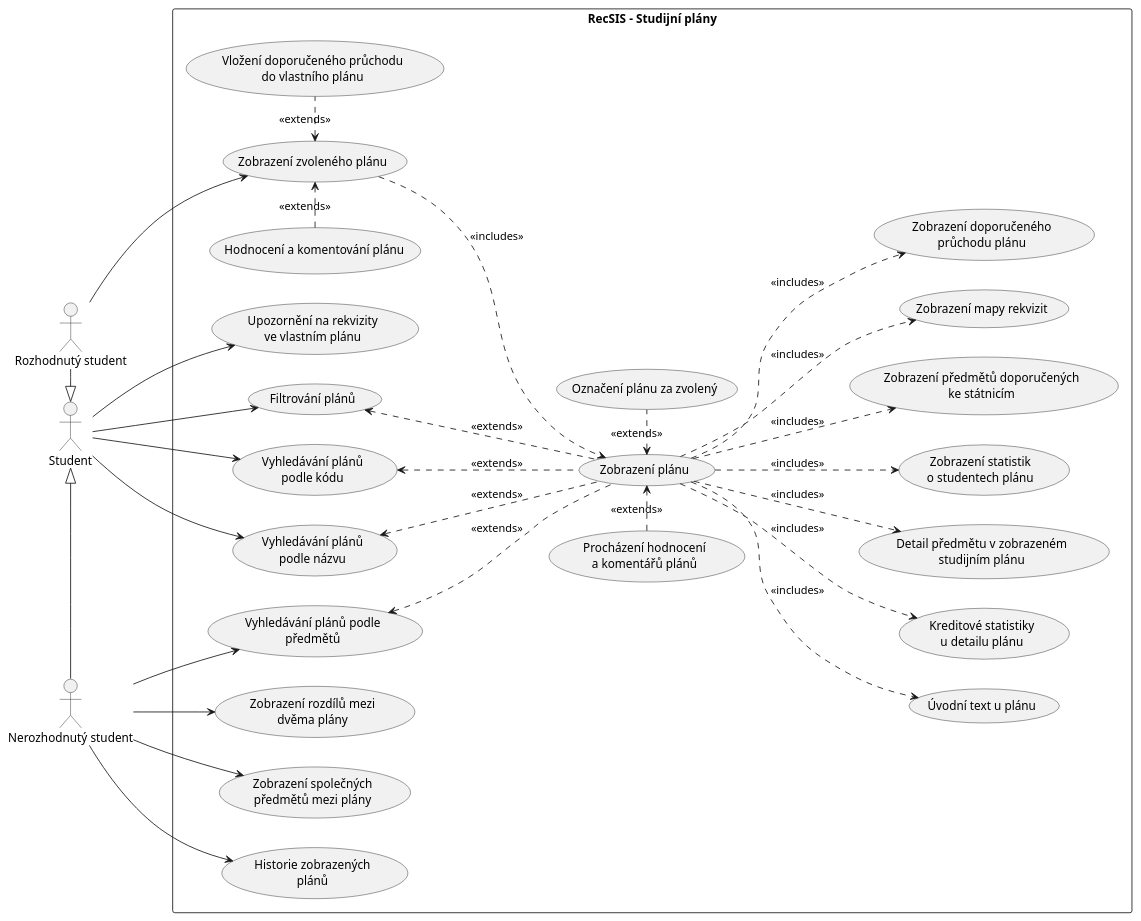
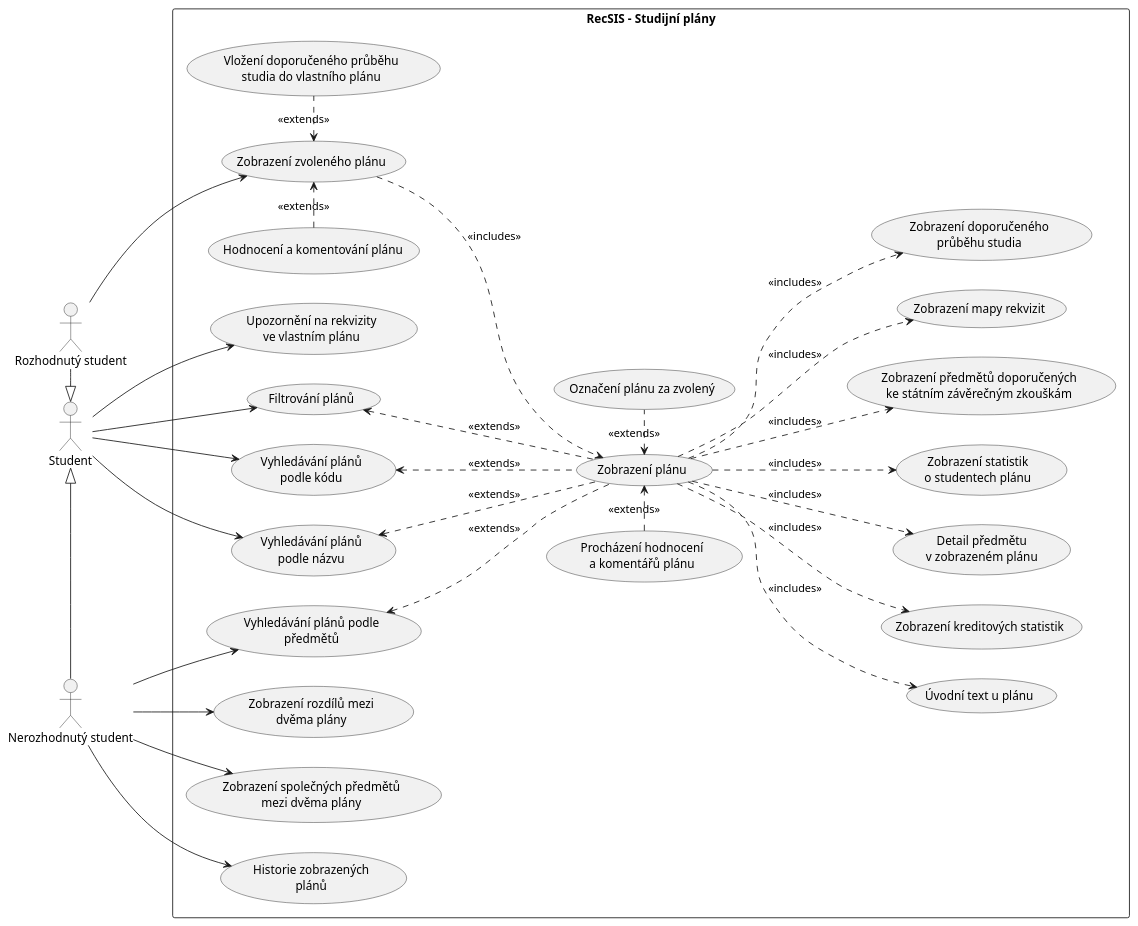
One commit to MedekMichal/analyza-studijnich-planu changed the diagram in documentation/use-case-diagram.plantuml. Above: the diagram before and after it, drawn with PlantUML. The commit also changed 3 other files, not shown here.

```diff
--- a/documentation/use-case-diagram.plantuml
+++ b/documentation/use-case-diagram.plantuml
@@ -1,68 +1,68 @@
 @startuml use-case-diagram
 
 left to right direction
 
 actor "Student" as AC_S
 actor "Nerozhodnutý student" as AC_NS
 actor "Rozhodnutý student" as AC_RS
 
 rectangle "RecSIS - Studijní plány" {
     usecase "Upozornění na rekvizity\nve vlastním plánu" as UC_001
     usecase "Vyhledávání plánů\npodle názvu" as UC_002
     usecase "Vyhledávání plánů\npodle kódu" as UC_003
     usecase "Filtrování plánů" as UC_004
     usecase "Zobrazení plánu" as UC_005
     usecase "Úvodní text u plánu" as UC_006
-    usecase "Kreditové statistiky\nu detailu plánu" as UC_007
-    usecase "Detail předmětu v zobrazeném\nstudijním plánu" as UC_008
+    usecase "Zobrazení kreditových statistik" as UC_007
+    usecase "Detail předmětu\nv zobrazeném plánu" as UC_008
     usecase "Zobrazení rozdílů mezi\ndvěma plány" as UC_009
-    usecase "Zobrazení společných\npředmětů mezi plány" as UC_010
+    usecase "Zobrazení společných předmětů\nmezi dvěma plány" as UC_010
     usecase "Vyhledávání plánů podle\npředmětů" as UC_011
     usecase "Označení plánu za zvolený" as UC_012
     usecase "Zobrazení statistik\no studentech plánu" as UC_013
-    usecase "Procházení hodnocení\na komentářů plánů" as UC_014
-    usecase "Vložení doporučeného průchodu\ndo vlastního plánu" as UC_015
-    usecase "Zobrazení předmětů doporučených\nke státnicím" as UC_016
+    usecase "Procházení hodnocení\na komentářů plánu" as UC_014
+    usecase "Vložení doporučeného průběhu\nstudia do vlastního plánu" as UC_015
+    usecase "Zobrazení předmětů doporučených\nke státním závěrečným zkouškám" as UC_016
     usecase "Zobrazení mapy rekvizit" as UC_017
     usecase "Hodnocení a komentování plánu" as UC_018
     usecase "Zobrazení zvoleného plánu" as UC_019
     usecase "Historie zobrazených\nplánů" as UC_020
-    usecase "Zobrazení doporučeného\nprůchodu plánu" as UC_021
+    usecase "Zobrazení doporučeného\nprůběhu studia" as UC_021
 }
 
 AC_NS -l-|> AC_S
 AC_RS -r-|> AC_S
 
 AC_S -r-> UC_001
 AC_S --> UC_002
 AC_S --> UC_003
 AC_S --> UC_004
 
 AC_NS --> UC_009
 AC_NS --> UC_010
 AC_NS --> UC_011
 AC_NS --> UC_020
 
 AC_RS --> UC_019
 
 UC_005 .u.> UC_002 : <<extends>>
 UC_005 .u.> UC_003 : <<extends>>
 UC_005 .u.> UC_004 : <<extends>>
 UC_005 .u.> UC_011 : <<extends>>
 
 UC_005 .d.> UC_006 : <<includes>>
 UC_005 .d.> UC_007 : <<includes>>
 UC_005 .d.> UC_008 : <<includes>>
 UC_005 .d.> UC_013 : <<includes>>
 UC_005 .d.> UC_016 : <<includes>>
 UC_005 .d.> UC_017 : <<includes>>
 UC_005 .d.> UC_021 : <<includes>>
 
 UC_012 .l.> UC_005 : <<extends>>
 UC_014 .r.> UC_005 : <<extends>>
 
 UC_015 .l.> UC_019 : <<extends>>
 UC_018 .r.> UC_019 : <<extends>>
 UC_019 ..> UC_005 : <<includes>>
 
 @enduml
```
